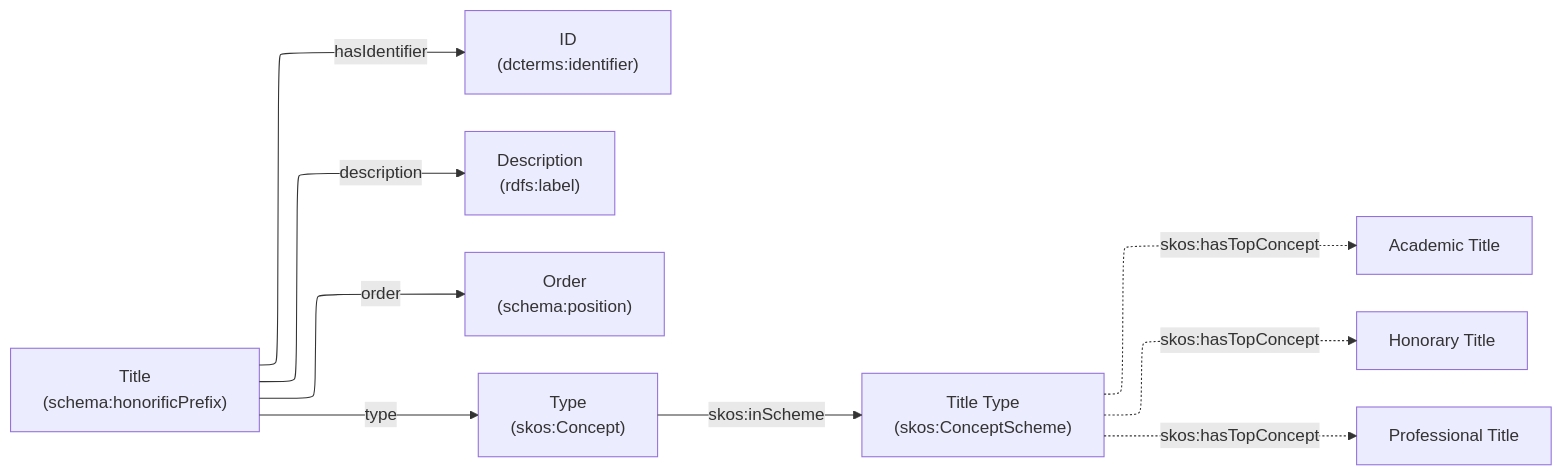
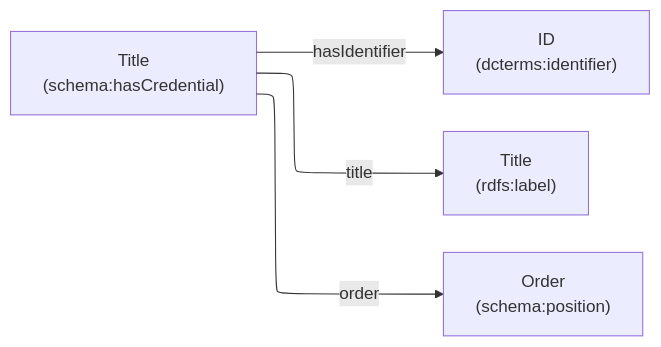
One commit to Kaankzlyar/orwell-generalized changed the diagram in docs/registobiografico/title.mermaid. Above: the diagram before and after it, drawn with Mermaid. The commit also changed 10 other files, not shown here.

Commit message:
fix some graphs

```diff
--- a/docs/registobiografico/title.mermaid
+++ b/docs/registobiografico/title.mermaid
@@ -1,14 +1,8 @@
 ---
 config:
   layout: elk
 ---
 flowchart LR
-    Title["Title<br>(schema:honorificPrefix)"] -- hasIdentifier --> tid["ID<br>(dcterms:identifier)"]
-    Title -- description --> tdes["Description<br>(rdfs:label)"]
+    Title["Title<br>(schema:hasCredential)"] -- hasIdentifier --> tid["ID<br>(dcterms:identifier)"]
+    Title -- title --> tdes["Title<br>(rdfs:label)"]
     Title -- order --> torder["Order<br>(schema:position)"]
-    Title -- type --> ttype["Type<br>(skos:Concept)"]
-    
-    ttype -->|"skos:inScheme"| ttypeEnum["Title Type<br>(skos:ConceptScheme)"]
-    ttypeEnum -.->|"skos:hasTopConcept"| tt1["Academic Title"]
-    ttypeEnum -.->|"skos:hasTopConcept"| tt2["Honorary Title"]
-    ttypeEnum -.->|"skos:hasTopConcept"| tt3["Professional Title"]
```
